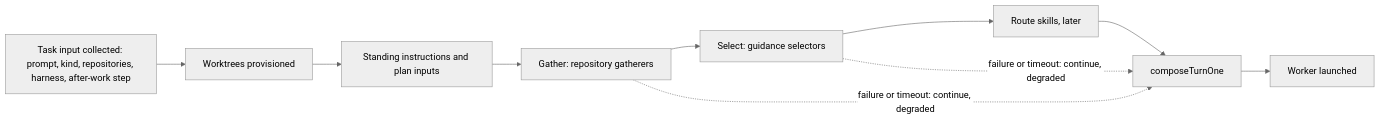
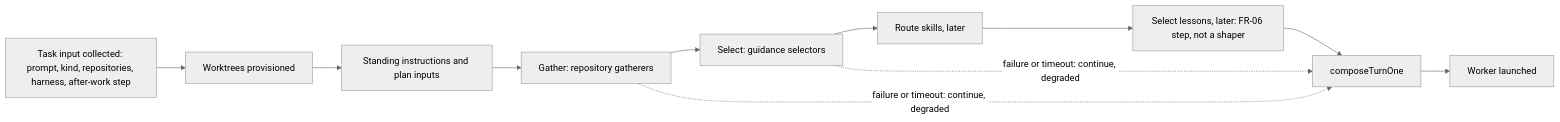
One commit to teamupstart/mission-control changed the diagram in docs/plans/task-shaping/plan.md. Above: the diagram before and after it, drawn with Mermaid (neutral theme). The commit also changed other lines of this file and 3 other files, not shown here.

````diff
--- a/docs/plans/task-shaping/plan.md
+++ b/docs/plans/task-shaping/plan.md
@@ -68,12 +68,13 @@
 ```mermaid
 flowchart LR
   A[Task input collected: prompt, kind, repositories, harness, after-work step] --> B[Worktrees provisioned]
   B --> C[Standing instructions and plan inputs]
   C --> S1[Gather: repository gatherers]
   S1 --> S2[Select: guidance selectors]
   S2 --> S3[Route skills, later]
-  S3 --> D[composeTurnOne]
+  S3 --> L[Select lessons, later: FR-06 step, not a shaper]
+  L --> D[composeTurnOne]
   D --> E[Worker launched]
   S1 -. failure or timeout: continue, degraded .-> D
   S2 -. failure or timeout: continue, degraded .-> D
 ```
````
